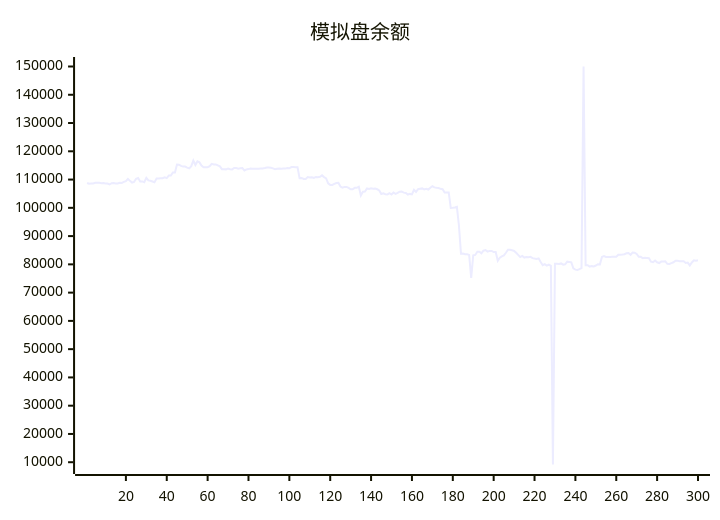
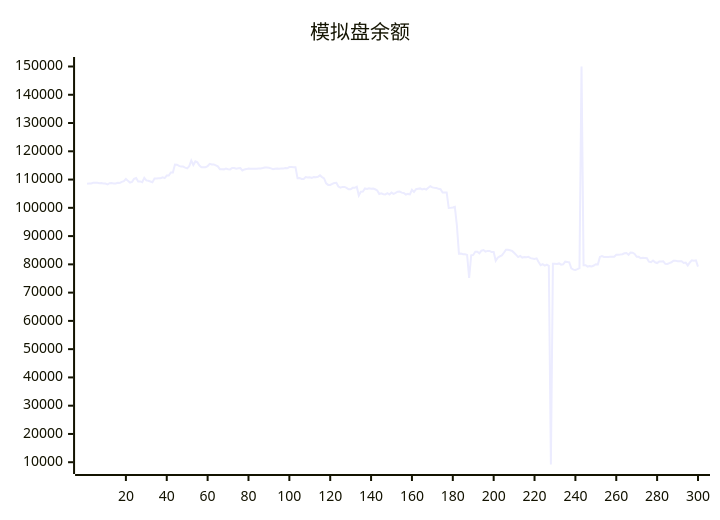
One commit to aahl/ai-trading changed the diagram in README.md. Above: the diagram before and after it, drawn with Mermaid. The commit also changed other lines of this file and 1 other file, not shown here.

````diff
--- a/README.md
+++ b/README.md
@@ -5,5 +5,5 @@
 ```mermaid
 xychart
     title "模拟盘余额"
-    line [108796,108506,108603,108645,108864,108864,108897,108718,108760,108648,108602,108262,108718,108752,108644,108644,108863,108823,109162,109419,110224,109539,108945,109172,110262,110546,109304,109343,109053,110606,109702,109584,109337,109071,110342,110342,110488,110488,110814,110531,111421,111421,112518,112522,115341,115266,114830,114584,114588,114231,113973,114726,116697,115160,116423,116083,114950,114365,114365,114388,114730,115582,115358,115358,115032,114686,113688,113688,113610,113930,113672,113585,114083,114074,113840,113996,114051,113208,113593,113701,113901,113794,113784,113810,113848,113927,113929,114064,114232,114293,114144,113960,113698,113853,113942,113812,113908,113877,114091,113998,114427,114422,114384,114384,110477,110576,110198,110198,110890,110712,110812,110569,110929,110847,110968,111478,110870,110433,108661,108116,108115,108485,108797,108877,107536,107134,107393,107393,107046,106565,106565,107081,107081,107478,104404,105715,105749,106866,106651,106889,106771,106816,106565,106141,104876,105103,104796,104734,105169,104690,105380,104941,105272,105709,105739,105374,105227,104691,104924,104762,106364,105628,106608,106748,106872,106485,106721,106468,107132,107620,107224,107080,107001,106717,106567,105431,105431,105440,99950,100017,100113,100337,93749,83795,83807,83567,83567,83342,75168,83222,83336,84448,84449,83896,84839,85065,84499,84757,84757,84364,84347,81254,82385,82835,83184,84099,85150,85150,85002,84751,84096,83356,82582,82983,82404,82572,82512,82688,82200,82047,81920,82125,80840,79688,80060,79552,79920,79470,9193,80236,80208,80170,80336,79894,80006,80954,80837,80712,78561,78139,78037,78293,78682,150000,79720,79720,79214,79372,79279,79591,80046,79993,82625,82950,82626,82571,82633,82670,82670,82681,83386,83378,83464,83579,83920,84037,83402,84160,84142,83652,82655,82655,82145,82315,82243,82163,80934,80770,81371,80742,80468,80989,80989,81067,80191,80155,80450,80737,81309,81309,81106,81119,81119,80471,80631,79624,80670,81448,81290,81429]
+    line [108506,108603,108645,108864,108864,108897,108718,108760,108648,108602,108262,108718,108752,108644,108644,108863,108823,109162,109419,110224,109539,108945,109172,110262,110546,109304,109343,109053,110606,109702,109584,109337,109071,110342,110342,110488,110488,110814,110531,111421,111421,112518,112522,115341,115266,114830,114584,114588,114231,113973,114726,116697,115160,116423,116083,114950,114365,114365,114388,114730,115582,115358,115358,115032,114686,113688,113688,113610,113930,113672,113585,114083,114074,113840,113996,114051,113208,113593,113701,113901,113794,113784,113810,113848,113927,113929,114064,114232,114293,114144,113960,113698,113853,113942,113812,113908,113877,114091,113998,114427,114422,114384,114384,110477,110576,110198,110198,110890,110712,110812,110569,110929,110847,110968,111478,110870,110433,108661,108116,108115,108485,108797,108877,107536,107134,107393,107393,107046,106565,106565,107081,107081,107478,104404,105715,105749,106866,106651,106889,106771,106816,106565,106141,104876,105103,104796,104734,105169,104690,105380,104941,105272,105709,105739,105374,105227,104691,104924,104762,106364,105628,106608,106748,106872,106485,106721,106468,107132,107620,107224,107080,107001,106717,106567,105431,105431,105440,99950,100017,100113,100337,93749,83795,83807,83567,83567,83342,75168,83222,83336,84448,84449,83896,84839,85065,84499,84757,84757,84364,84347,81254,82385,82835,83184,84099,85150,85150,85002,84751,84096,83356,82582,82983,82404,82572,82512,82688,82200,82047,81920,82125,80840,79688,80060,79552,79920,79470,9193,80236,80208,80170,80336,79894,80006,80954,80837,80712,78561,78139,78037,78293,78682,150000,79720,79720,79214,79372,79279,79591,80046,79993,82625,82950,82626,82571,82633,82670,82670,82681,83386,83378,83464,83579,83920,84037,83402,84160,84142,83652,82655,82655,82145,82315,82243,82163,80934,80770,81371,80742,80468,80989,80989,81067,80191,80155,80450,80737,81309,81309,81106,81119,81119,80471,80631,79624,80670,81448,81290,81429,79212]
 ```
````
